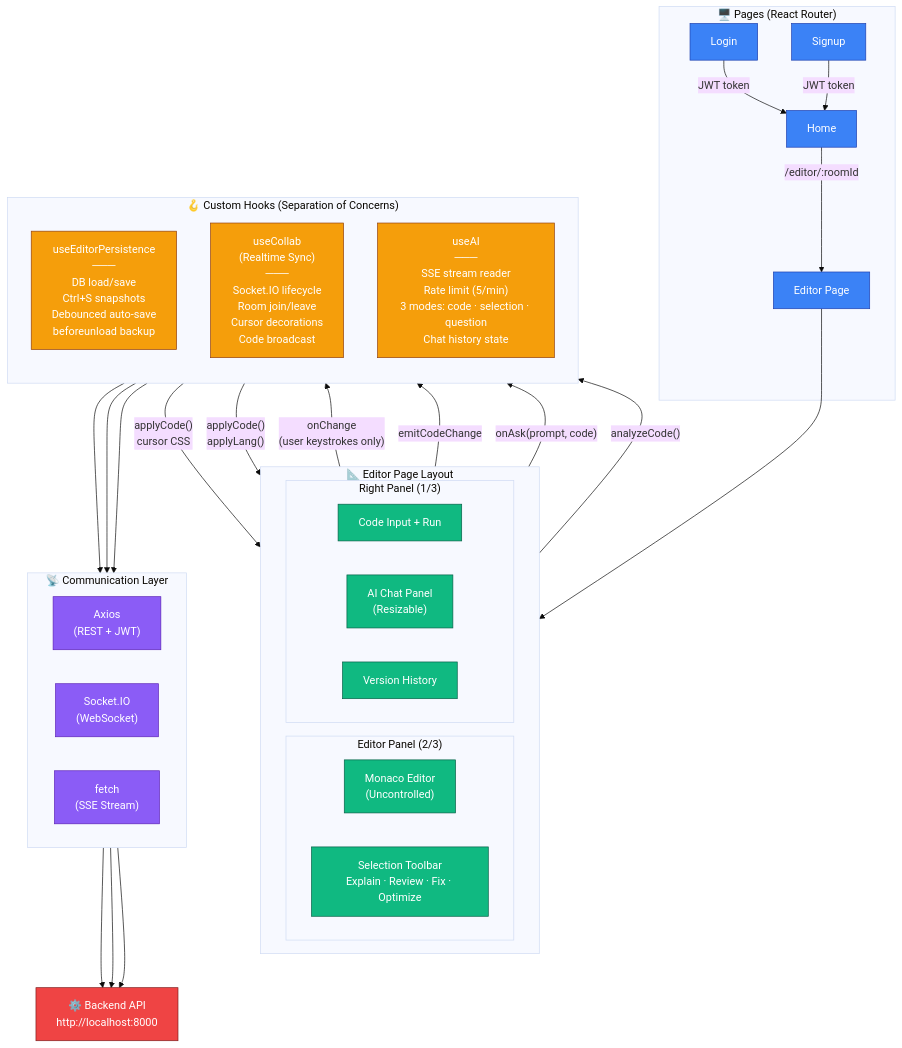
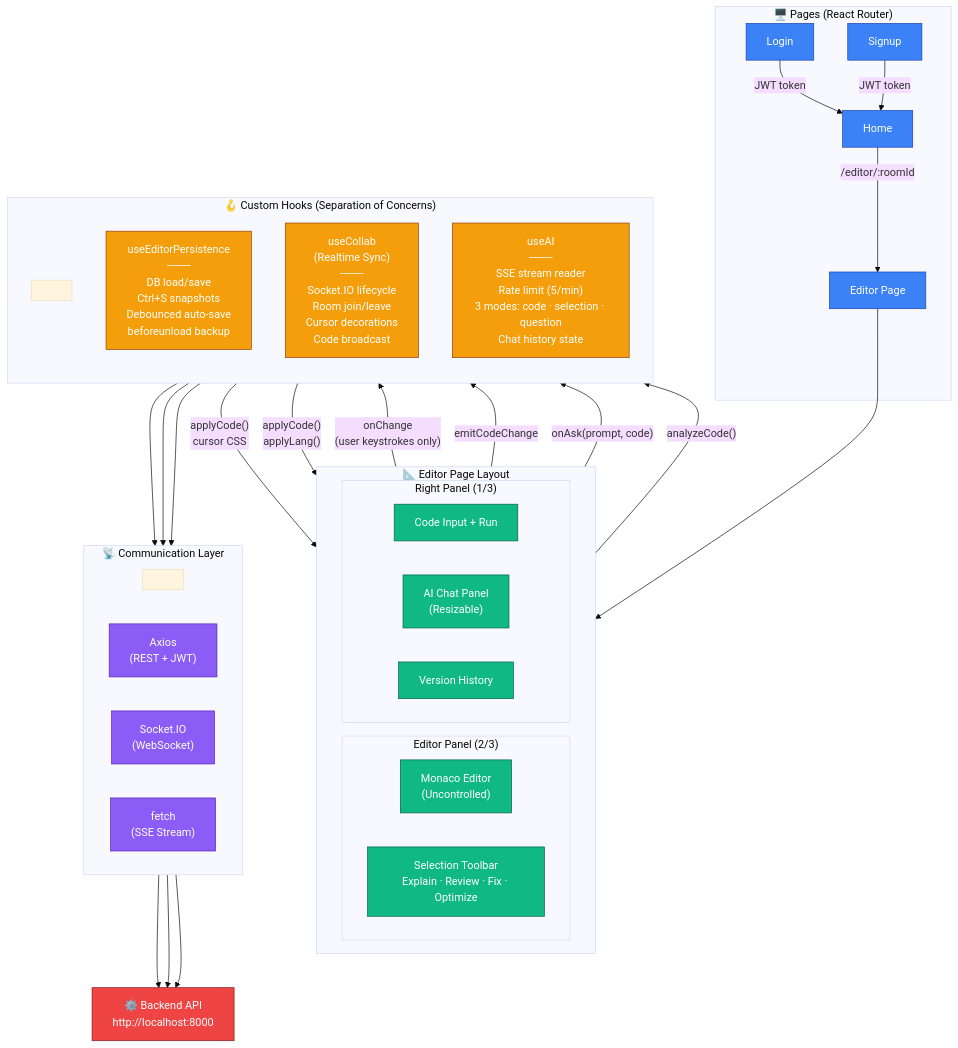
One commit to rah7202/smart-code-lab changed the diagram in frontend/README.md. Above: the diagram before and after it, drawn with Mermaid.

Commit message:
fix: Readme file updated

```diff
--- a/frontend/README.md
+++ b/frontend/README.md
@@ -93,12 +93,15 @@
     Editor --> EditorLayout
 
     subgraph Hooks["🪝 Custom Hooks (Separation of Concerns)"]
-        direction TB
-        usePersist["useEditorPersistence\n───\nDB load/save\nCtrl+S snapshots\nDebounced auto-save\nbeforeunload backup"]
+      direction TB
 
-        useCollab["useCollab\n(Realtime Sync)\n───\nSocket.IO lifecycle\nRoom join/leave\nCursor decorations\nCode broadcast"]
+      spacer1[" "]:::invisible
 
-        useAI["useAI\n───\nSSE stream reader\nRate limit (5/min)\n3 modes: code · selection · question\nChat history state"]
+      usePersist["useEditorPersistence\n───\nDB load/save\nCtrl+S snapshots\nDebounced auto-save\nbeforeunload backup"]
+
+      useCollab["useCollab\n(Realtime Sync)\n───\nSocket.IO lifecycle\nRoom join/leave\nCursor decorations\nCode broadcast"]
+
+      useAI["useAI\n───\nSSE stream reader\nRate limit (5/min)\n3 modes: code · selection · question\nChat history state"]
     end
 
     Monaco -->|"onChange\n(user keystrokes only)"| usePersist
@@ -110,10 +113,13 @@
     usePersist -->|"applyCode()\napplyLang()"| Monaco
 
     subgraph Transport["📡 Communication Layer"]
-        direction LR
-        Axios["Axios\n(REST + JWT)"]
-        Socket["Socket.IO\n(WebSocket)"]
-        SSE["fetch\n(SSE Stream)"]
+      direction LR
+
+      spacer2[" "]:::invisible
+
+      Axios["Axios\n(REST + JWT)"]
+      Socket["Socket.IO\n(WebSocket)"]
+      SSE["fetch\n(SSE Stream)"]
     end
 
     usePersist --> Axios
```
